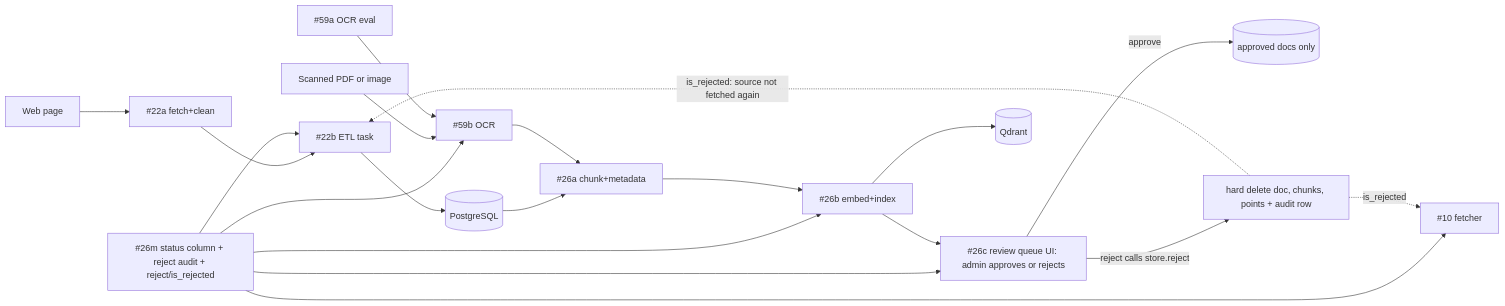
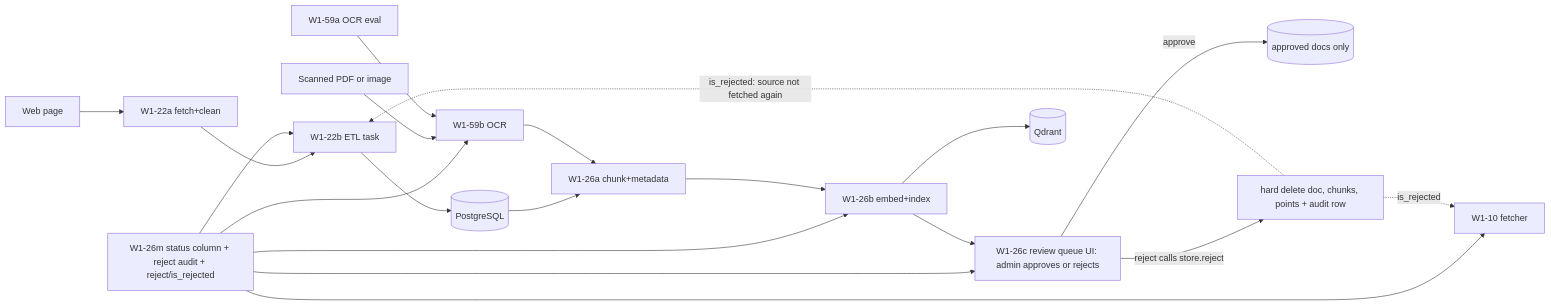
Before and after one commit to Stihotvor/law_by_ai: the fourth of 9 diagrams in docs/design/wave1-mvp/dag.md, drawn with Mermaid. The commit also changed other lines of this file and 15 other files, not shown here.

````diff
--- a/docs/design/wave1-mvp/dag.md
+++ b/docs/design/wave1-mvp/dag.md
@@ -171,17 +171,17 @@
 ```mermaid
 graph LR
-  W[Web page] --> S[#22a fetch+clean] --> E[#22b ETL task] --> D[(PostgreSQL)]
-  M[#26m status column + reject audit + reject/is_rejected] --> X
+  W[Web page] --> S[W1-22a fetch+clean] --> E[W1-22b ETL task] --> D[(PostgreSQL)]
+  M[W1-26m status column + reject audit + reject/is_rejected] --> X
   M --> H
   M --> E
-  M --> F[#10 fetcher]
+  M --> F[W1-10 fetcher]
   M --> O
-  D --> K[#26a chunk+metadata] --> X[#26b embed+index] --> Q[(Qdrant)]
-  SC[Scanned PDF or image] --> O[#59b OCR] --> K
-  OE[#59a OCR eval] --> O
-  X --> H[#26c review queue UI: admin approves or rejects]
+  D --> K[W1-26a chunk+metadata] --> X[W1-26b embed+index] --> Q[(Qdrant)]
+  SC[Scanned PDF or image] --> O[W1-59b OCR] --> K
+  OE[W1-59a OCR eval] --> O
+  X --> H[W1-26c review queue UI: admin approves or rejects]
   H -->|approve| AP[(approved docs only)]
   H -->|reject calls store.reject| RJ[hard delete doc, chunks, points + audit row]
   RJ -.->|is_rejected: source not fetched again| E
   RJ -.->|is_rejected| F
 ```
````
